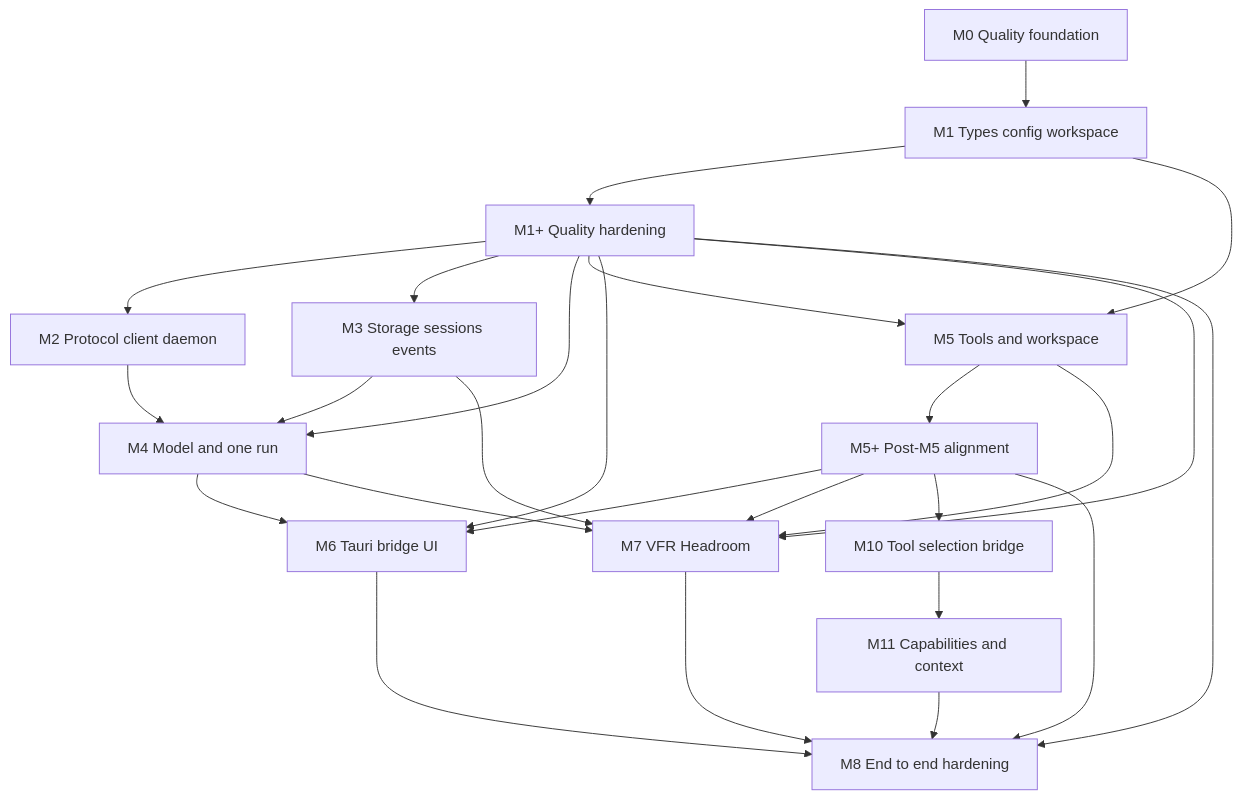
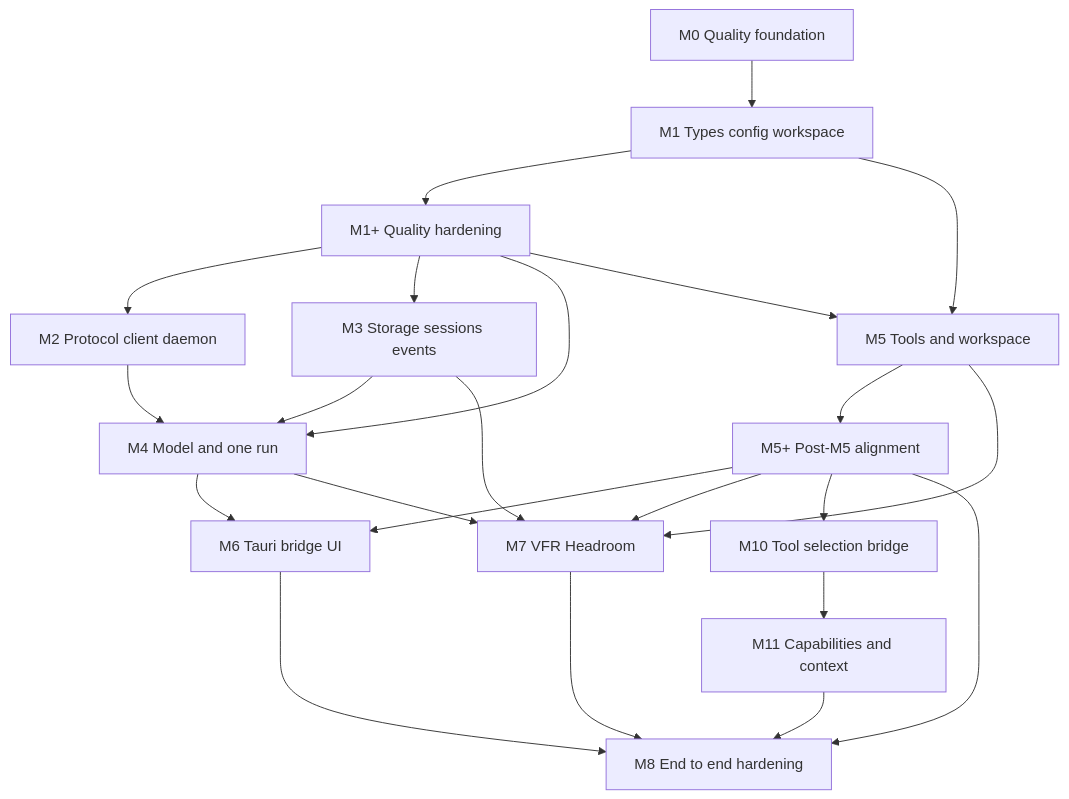
The diagram in docs/intention-relay/architecture/11-implementation-roadmap.md (y0tsy/intention-relay), drawn with Mermaid before and after one commit. The commit also changed other lines of this file and 21 other files, not shown here.

````diff
--- a/docs/intention-relay/architecture/11-implementation-roadmap.md
+++ b/docs/intention-relay/architecture/11-implementation-roadmap.md
@@ -22,28 +22,25 @@
 ```mermaid
 flowchart TD
   Q[M0 Quality foundation] --> A[M1 Types config workspace]
   A --> P[M1+ Quality hardening]
   P --> B[M2 Protocol client daemon]
   P --> C[M3 Storage sessions events]
   P --> D[M4 Model and one run]
   P --> E[M5 Tools and workspace]
   E --> K[M5+ Post-M5 alignment]
   K --> F[M6 Tauri bridge UI]
   K --> H[M7 VFR Headroom]
   K --> M[M10 Tool selection bridge]
   M --> N[M11 Capabilities and context]
   K --> I[M8 End to end hardening]
-  P --> F[M6 Tauri bridge UI]
-  P --> H[M7 VFR Headroom]
-  P --> I[M8 End to end hardening]
   B --> D
   C --> D
   A --> E
   D --> F
   E --> H
   C --> H
   D --> H
   F --> I
   H --> I
   N --> I
 ```
````
